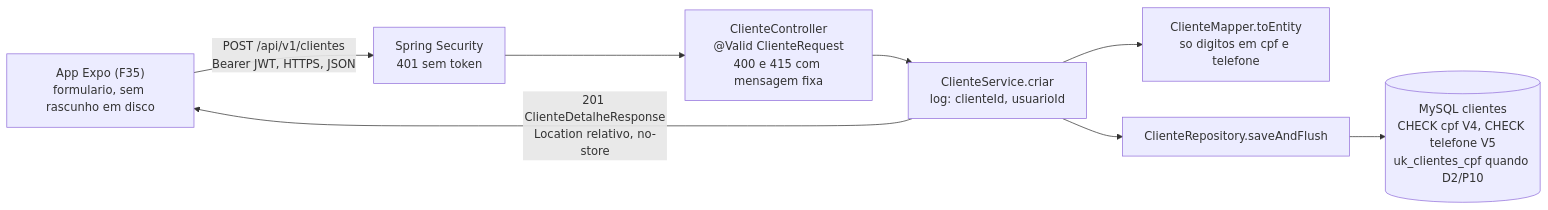
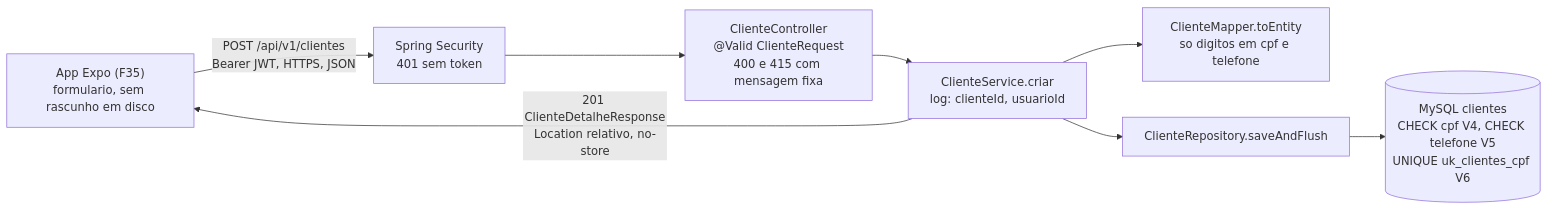
Before and after one commit to Leticia-Emily-Moraes/mecanica-sao-jorge: the first of 2 diagrams in docs/architecture/overview.md, drawn with Mermaid. The commit also changed other lines of this file and 1 other file, not shown here.

First line of the commit message:
docs(architecture): fix stale cpf optional and 201-on-duplicate text after F03c QA

````diff
--- a/docs/architecture/overview.md
+++ b/docs/architecture/overview.md
@@ -339,10 +339,10 @@
 ```mermaid
 flowchart LR
   app["App Expo (F35)<br/>formulario, sem rascunho em disco"] -- "POST /api/v1/clientes<br/>Bearer JWT, HTTPS, JSON" --> sec["Spring Security<br/>401 sem token"]
   sec --> ctl["ClienteController<br/>@Valid ClienteRequest<br/>400 e 415 com mensagem fixa"]
   ctl --> svc["ClienteService.criar<br/>log: clienteId, usuarioId"]
   svc --> map["ClienteMapper.toEntity<br/>so digitos em cpf e telefone"]
   svc --> repo["ClienteRepository.saveAndFlush"]
-  repo --> db[("MySQL clientes<br/>CHECK cpf V4, CHECK telefone V5<br/>uk_clientes_cpf quando D2/P10")]
+  repo --> db[("MySQL clientes<br/>CHECK cpf V4, CHECK telefone V5<br/>UNIQUE uk_clientes_cpf V6")]
   svc -- "201 ClienteDetalheResponse<br/>Location relativo, no-store" --> app
 ```
````
